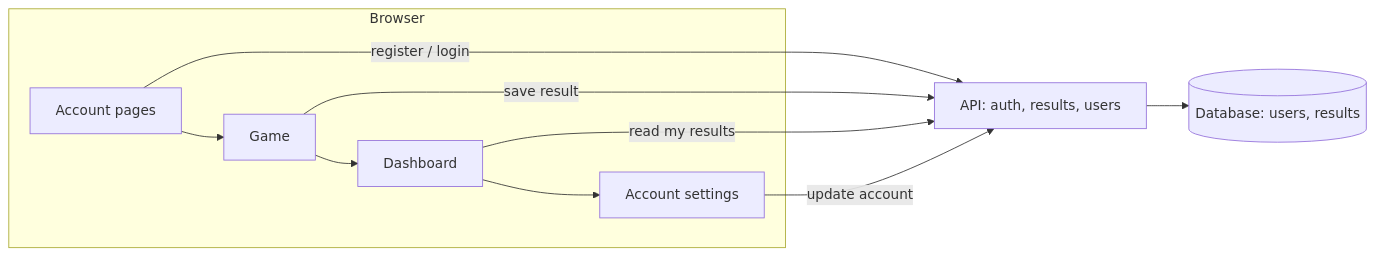
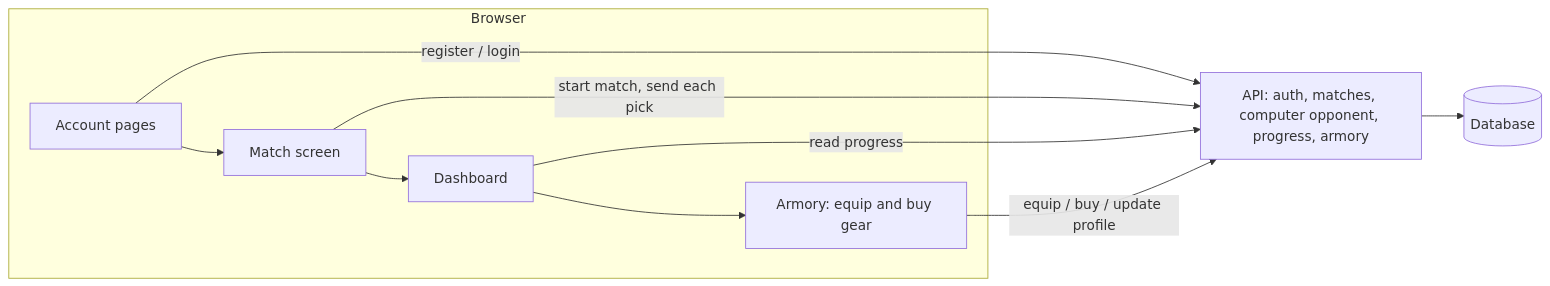
Before and after one commit to Jefferson2036-droid/is218-individual-game: the diagram in docs/architecture.md, drawn with Mermaid. The commit also changed other lines of this file and 10 other files, not shown here.

````diff
--- a/docs/architecture.md
+++ b/docs/architecture.md
@@ -5,13 +5,13 @@
 ```mermaid
 flowchart LR
   subgraph Browser
-    A[Account pages] --> G[Game]
+    A[Account pages] --> G[Match screen]
     G --> D[Dashboard]
-    D --> U[Account settings]
+    D --> R[Armory: equip and buy gear]
   end
   A -- register / login --> API
-  G -- save result --> API
-  D -- read my results --> API
-  U -- update account --> API
-  API[API: auth, results, users] --> DB[(Database: users, results)]
+  G -- start match, send each pick --> API
+  D -- read progress --> API
+  R -- equip / buy / update profile --> API
+  API[API: auth, matches, computer opponent, progress, armory] --> DB[(Database)]
 ```
````
